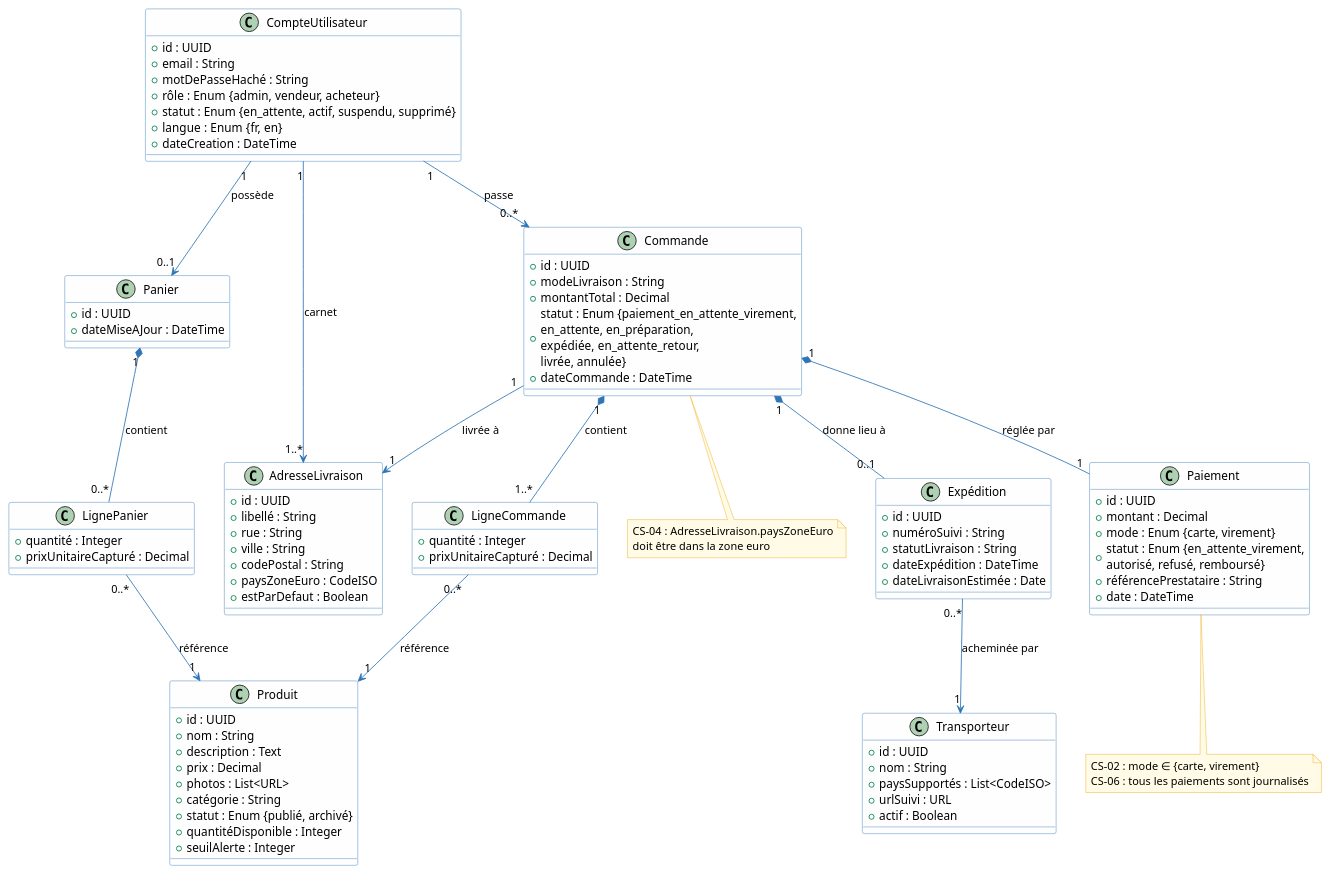
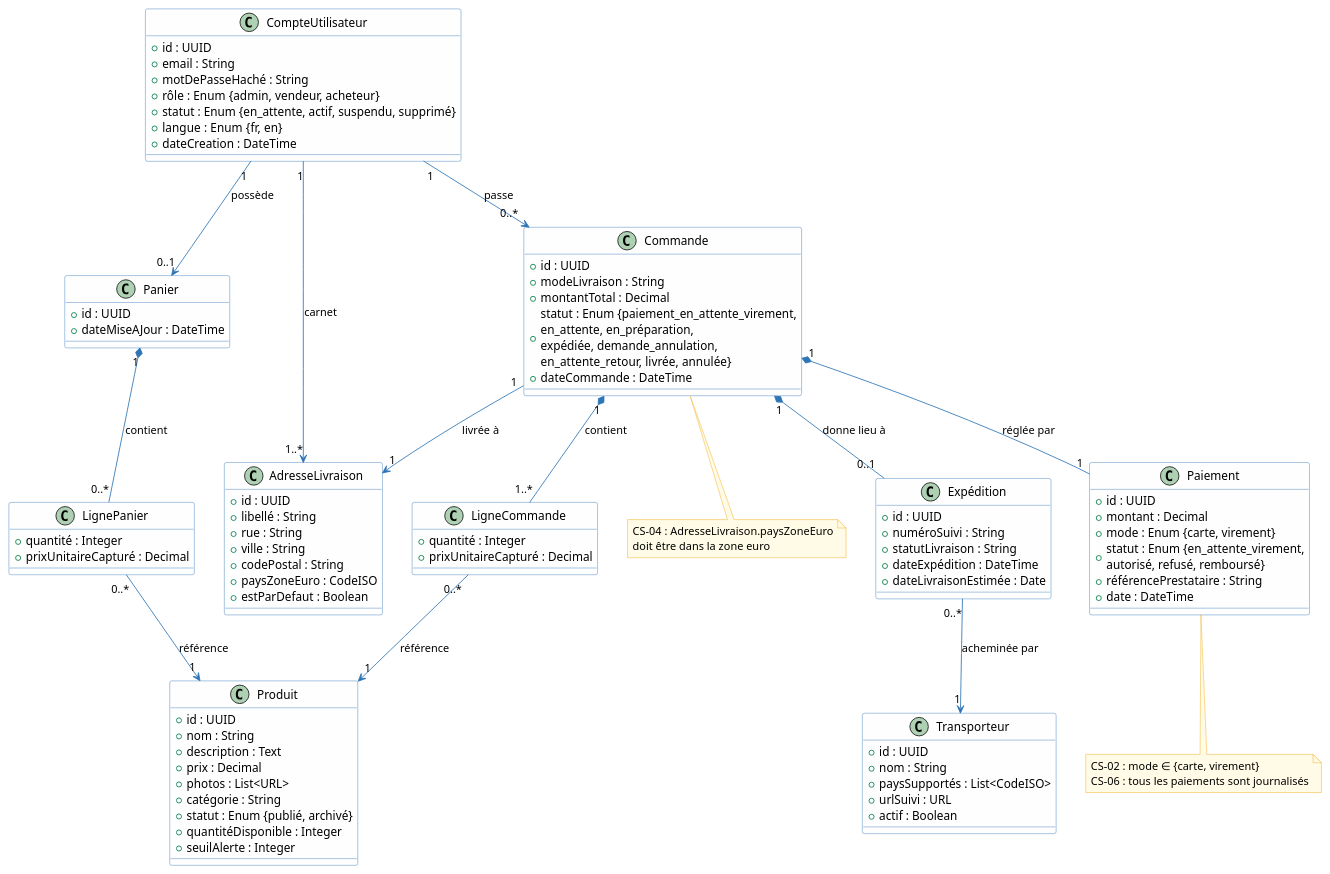
Before and after one commit to louistalvande/online_shop: the sixth of 6 diagrams in architecture/02-system-analysis/sa.adoc, drawn with PlantUML. The commit also changed other lines of this file and 16 other files, not shown here.

```diff
--- a/architecture/02-system-analysis/sa.adoc
+++ b/architecture/02-system-analysis/sa.adoc
@@ -1443,7 +1446,7 @@
   + id : UUID
   + modeLivraison : String
   + montantTotal : Decimal
-  + statut : Enum {paiement_en_attente_virement,\nen_attente, en_préparation,\nexpédiée, en_attente_retour,\nlivrée, annulée}
+  + statut : Enum {paiement_en_attente_virement,\nen_attente, en_préparation,\nexpédiée, demande_annulation,\nen_attente_retour, livrée, annulée}
   + dateCommande : DateTime
 }
 
```
